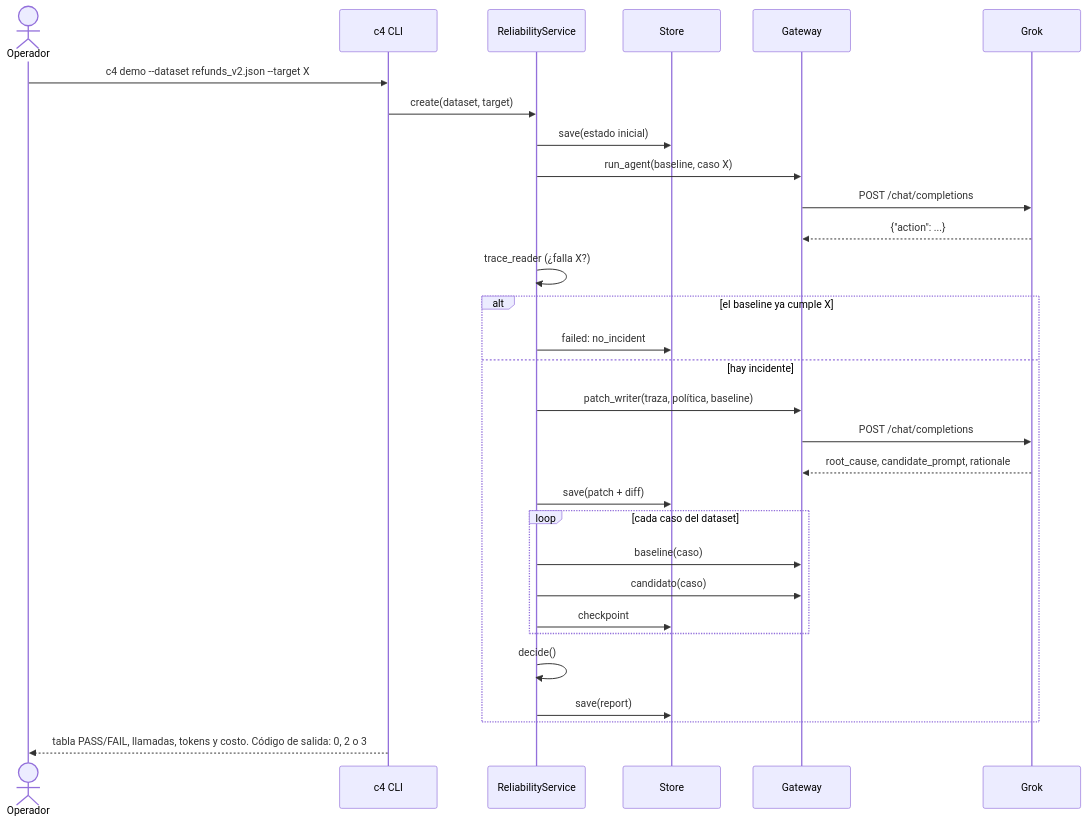
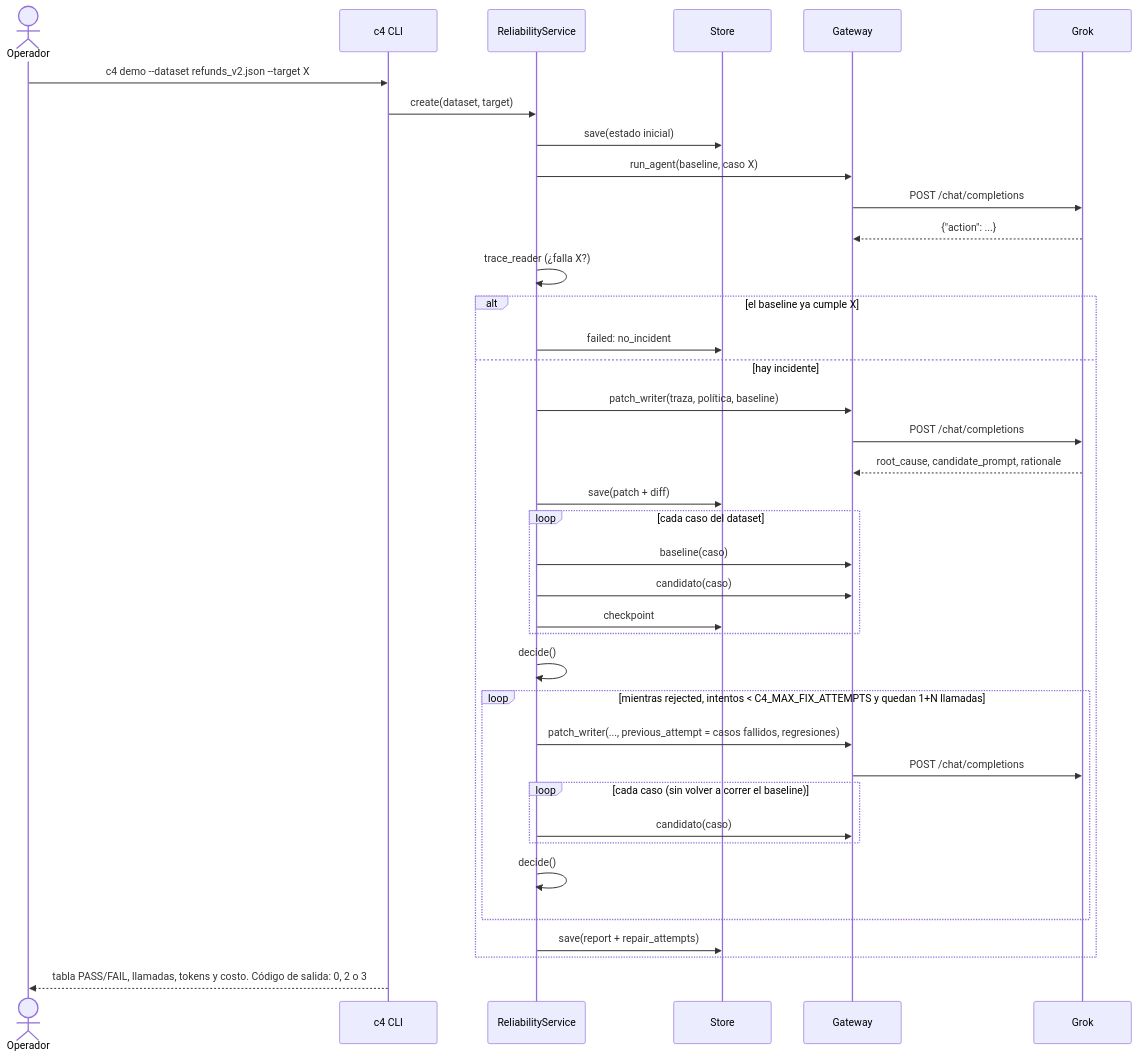
One commit to DEIMER-PY/c4-ai changed the second of 4 diagrams in docs/arquitectura/AGENTE.md. Above: the diagram before and after it, drawn with Mermaid. The commit also changed other lines of this file and 11 other files, not shown here.

````diff
--- a/docs/arquitectura/AGENTE.md
+++ b/docs/arquitectura/AGENTE.md
@@ -65,33 +65,41 @@
 ```mermaid
 sequenceDiagram
     actor Op as Operador
     participant CLI as c4 CLI
     participant RS as ReliabilityService
     participant ST as Store
     participant GW as Gateway
     participant G as Grok
 
     Op->>CLI: c4 demo --dataset refunds_v2.json --target X
     CLI->>RS: create(dataset, target)
     RS->>ST: save(estado inicial)
     RS->>GW: run_agent(baseline, caso X)
     GW->>G: POST /chat/completions
     G-->>GW: {"action": ...}
     RS->>RS: trace_reader (¿falla X?)
     alt el baseline ya cumple X
         RS->>ST: failed: no_incident
     else hay incidente
         RS->>GW: patch_writer(traza, política, baseline)
         GW->>G: POST /chat/completions
         G-->>GW: root_cause, candidate_prompt, rationale
         RS->>ST: save(patch + diff)
         loop cada caso del dataset
             RS->>GW: baseline(caso)
             RS->>GW: candidato(caso)
             RS->>ST: checkpoint
         end
         RS->>RS: decide()
-        RS->>ST: save(report)
+        loop mientras rejected, intentos < C4_MAX_FIX_ATTEMPTS y quedan 1+N llamadas
+            RS->>GW: patch_writer(..., previous_attempt = casos fallidos, regresiones)
+            GW->>G: POST /chat/completions
+            loop cada caso (sin volver a correr el baseline)
+                RS->>GW: candidato(caso)
+            end
+            RS->>RS: decide()
+        end
+        RS->>ST: save(report + repair_attempts)
     end
     CLI-->>Op: tabla PASS/FAIL, llamadas, tokens y costo. Código de salida: 0, 2 o 3
 ```
````
